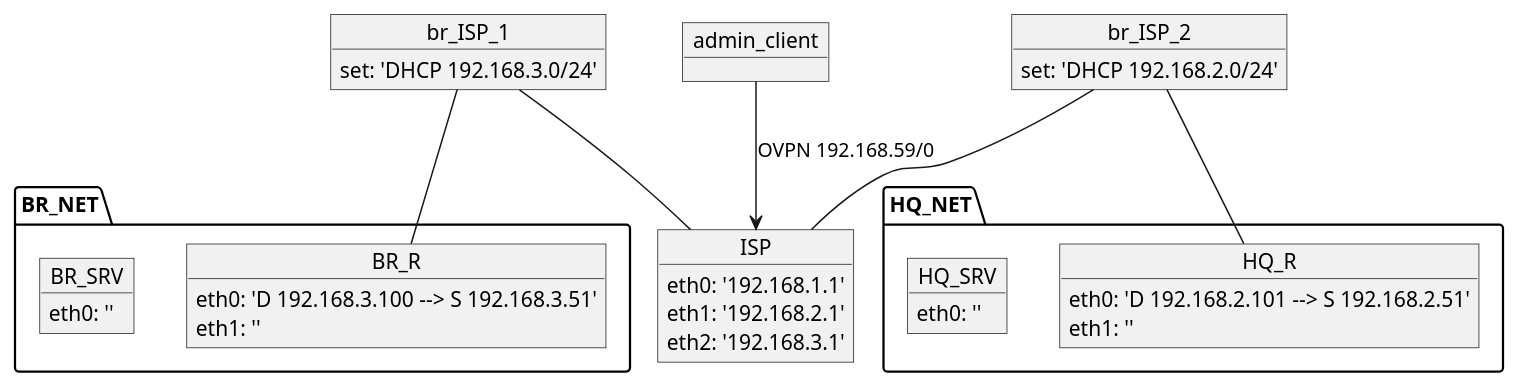
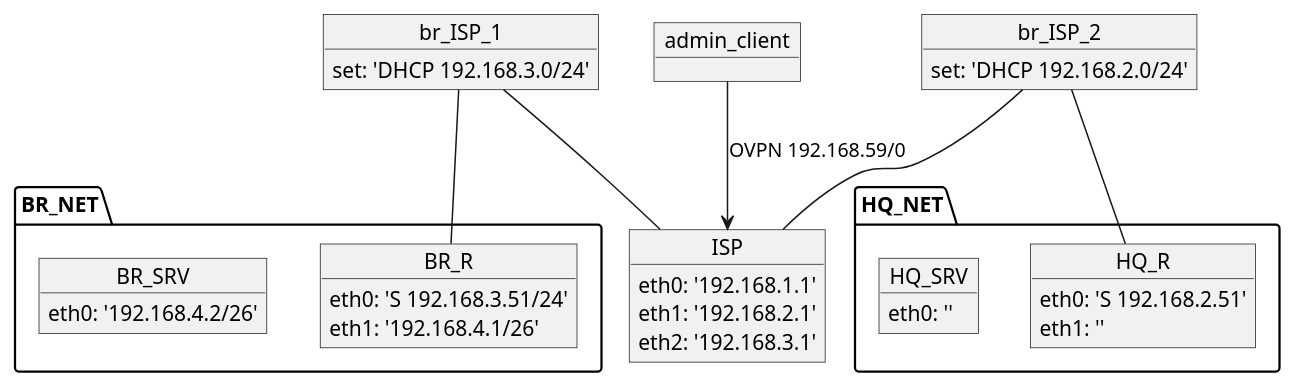
Before and after one commit to Lubavaaaaaaaaaaaaaa/work: the diagram in net.puml, drawn with PlantUML.

```diff
--- a/net.puml
+++ b/net.puml
@@ -1,47 +1,47 @@
 @startuml
 
 package HQ_NET {
 
     object HQ_R {
-        eth0: 'D 192.168.2.101 --> S 192.168.2.51'
+        eth0: 'S 192.168.2.51'
         eth1: ''
     }
     object HQ_SRV {
         eth0: ''
     }
 
 }
 package BR_NET {
     object BR_R {
-        eth0: 'D 192.168.3.100 --> S 192.168.3.51'
-        eth1: ''
+        eth0: 'S 192.168.3.51/24'
+        eth1: '192.168.4.1/26'
     }
     object BR_SRV {
-        eth0: ''
+        eth0: '192.168.4.2/26'
     }
 }
 
 object ISP {
         eth0: '192.168.1.1'
         eth1: '192.168.2.1'
         eth2: '192.168.3.1'
     }
 object admin_client
 
 object br_ISP_1 {
     set: 'DHCP 192.168.3.0/24'
 }
 
 object br_ISP_2 {
     set: 'DHCP 192.168.2.0/24'
 }
 
 br_ISP_1 -- ISP 
 br_ISP_2 -- ISP
 
 br_ISP_1 -- BR_R
 br_ISP_2 -- HQ_R
 
 admin_client --> ISP : OVPN 192.168.59/0
 
 @enduml
```
